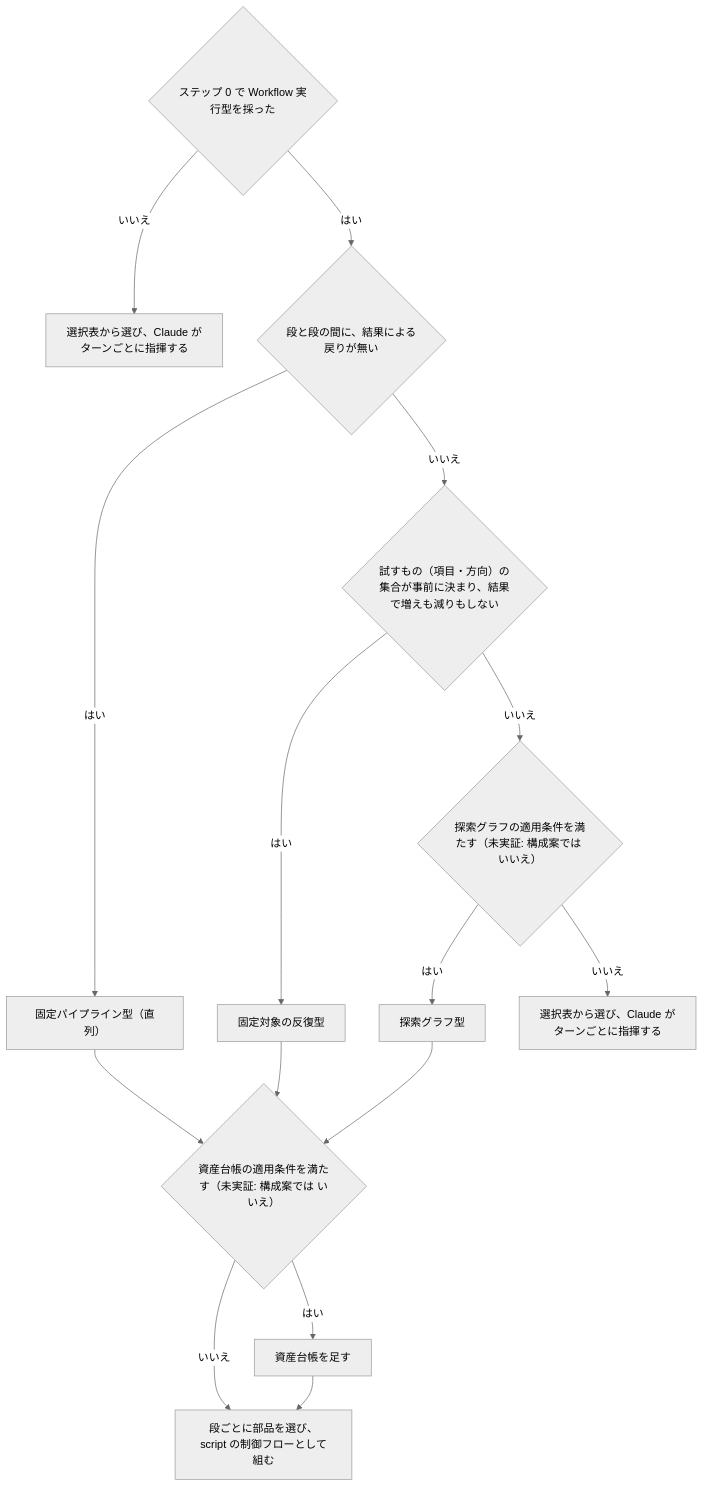
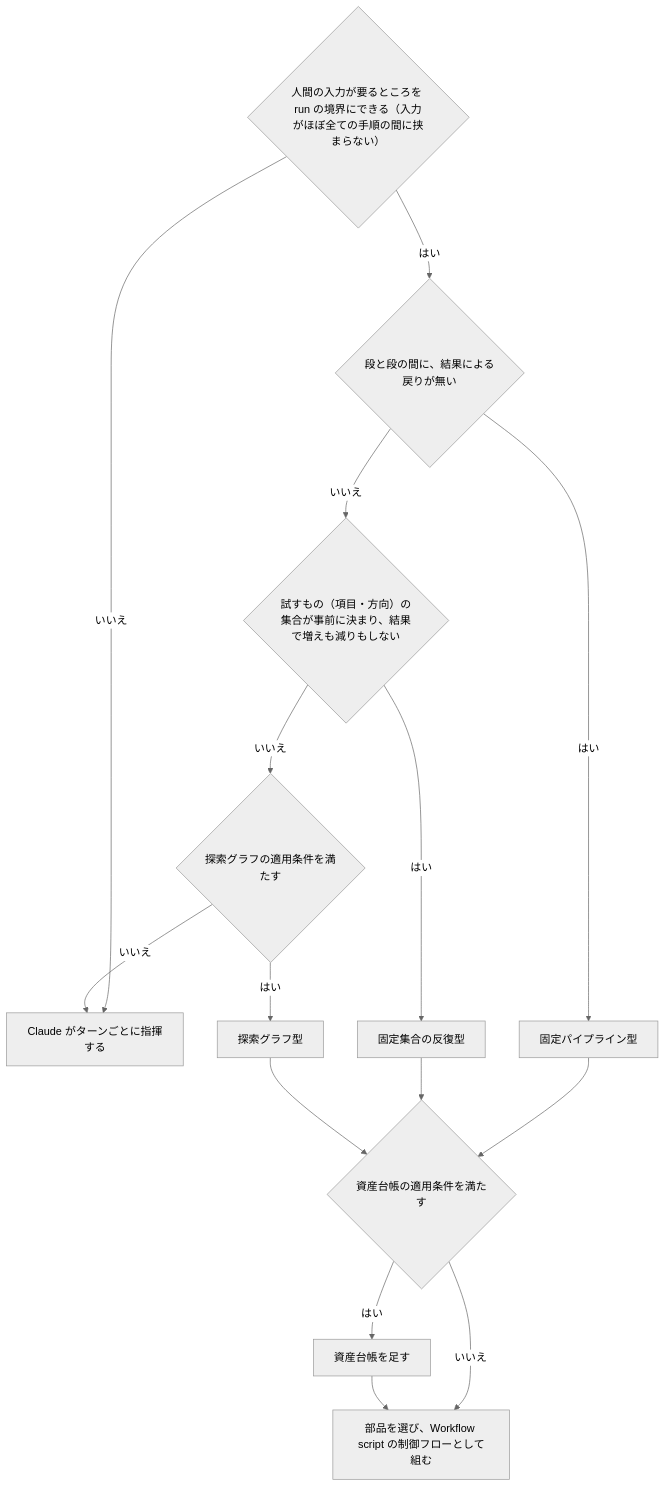
The second of 3 diagrams in docs/design/skill-design-patterns.md (yoshiysh/claude-plugins), drawn with Mermaid (neutral theme) before and after one commit. The commit also changed other lines of this file, not shown here.

````diff
--- a/docs/design/skill-design-patterns.md
+++ b/docs/design/skill-design-patterns.md
@@ -67,17 +109,17 @@
 ```mermaid
 flowchart TD
-  A{"ステップ 0 で Workflow 実行型を採った"} -- いいえ --> T["選択表から選び、Claude がターンごとに指揮する"]
+  A{"人間の入力が要るところを run の境界にできる（入力がほぼ全ての手順の間に挟まらない）"} -- いいえ --> T["Claude がターンごとに指揮する"]
   A -- はい --> Q1{"段と段の間に、結果による戻りが無い"}
-  Q1 -- はい --> P["固定パイプライン型（直列）"]
+  Q1 -- はい --> P["固定パイプライン型"]
   Q1 -- いいえ --> Q2{"試すもの（項目・方向）の集合が事前に決まり、結果で増えも減りもしない"}
-  Q2 -- はい --> GV["固定対象の反復型"]
-  Q2 -- いいえ --> Q3{"探索グラフの適用条件を満たす（未実証: 構成案では いいえ）"}
+  Q2 -- はい --> GV["固定集合の反復型"]
+  Q2 -- いいえ --> Q3{"探索グラフの適用条件を満たす"}
   Q3 -- はい --> G["探索グラフ型"]
-  Q3 -- いいえ --> TT["選択表から選び、Claude がターンごとに指揮する"]
-  P --> Q4{"資産台帳の適用条件を満たす（未実証: 構成案では いいえ）"}
+  Q3 -- いいえ --> T
+  P --> Q4{"資産台帳の適用条件を満たす"}
   GV --> Q4
   G --> Q4
   Q4 -- はい --> L["資産台帳を足す"]
   Q4 -- いいえ --> S
-  L --> S["段ごとに部品を選び、script の制御フローとして組む"]
+  L --> S["部品を選び、Workflow script の制御フローとして組む"]
 ```
````
